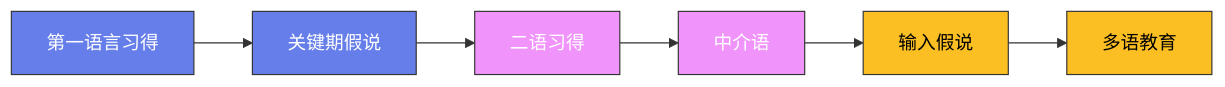
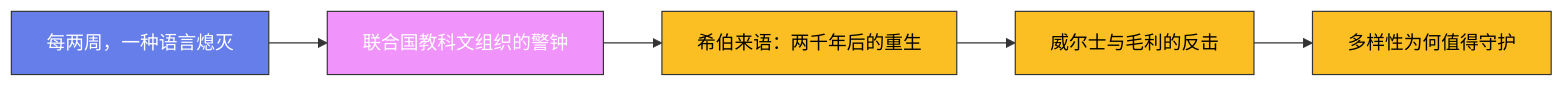
Before and after one commit to Fengur/Fengur.github.io: the diagram in content/posts/ModelCreate/语言学/13-语言濒危.md, drawn with Mermaid. The commit also changed other lines of this file and 505 other files, not shown here.

First line of the commit message:
content(blog): ModelCreate 全站质量修复——front matter 补全、占位图修复、事实错误修正、注水文重写

````diff
--- a/content/posts/ModelCreate/语言学/13-语言濒危.md
+++ b/content/posts/ModelCreate/语言学/13-语言濒危.md
@@ -35,16 +38,21 @@
 ```mermaid
 graph LR
-    A["第一语言习得"] --> B["关键期假说"]
-    B --> C["二语习得"]
-    C --> D["中介语"]
-    D --> E["输入假说"]
-    E --> F["多语教育"]
+    A["每两周，一种语言熄灭"]
+    B["联合国教科文组织的警钟"]
+    C["希伯来语：两千年后的重生"]
+    D["威尔士与毛利的反击"]
+    E["多样性为何值得守护"]
+
+    A --> B
+    B --> C
+    C --> D
+    D --> E
 
     classDef early fill:#667eea,stroke:#333,color:white
     classDef mid fill:#f093fb,stroke:#333,color:white
     classDef modern fill:#fbbf24,stroke:#333,color:black
 
-    class A,B early
-    class C,D mid
-    class E,F modern
+    class A early
+    class B mid
+    class C,D,E modern
 ```
````
